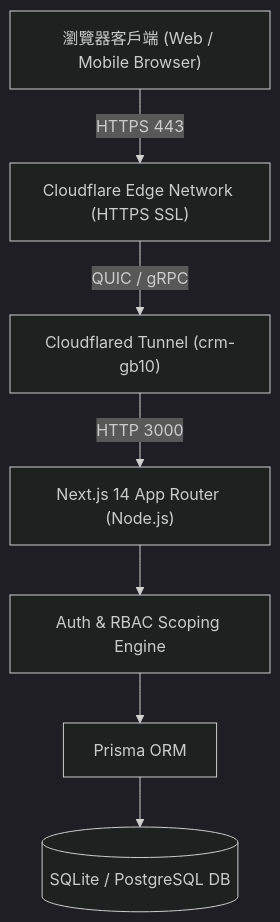
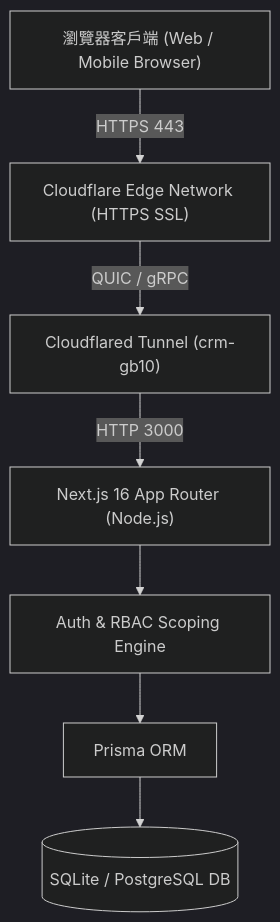
One commit to brianshih04/lightweight-crm changed the first of 2 diagrams in development_plan.md. Above: the diagram before and after it, drawn with Mermaid (dark theme). The commit also changed other lines of this file and 8 other files, not shown here.

````diff
--- a/development_plan.md
+++ b/development_plan.md
@@ -27,17 +31,17 @@
 ```mermaid
 graph TD
     Client["瀏覽器客戶端 (Web / Mobile Browser)"]
     Cloudflare["Cloudflare Edge Network (HTTPS SSL)"]
     Tunnel["Cloudflared Tunnel (crm-gb10)"]
-    NextServer["Next.js 14 App Router (Node.js)"]
+    NextServer["Next.js 16 App Router (Node.js)"]
     AuthModule["Auth & RBAC Scoping Engine"]
     PrismaORM["Prisma ORM"]
     DB[(SQLite / PostgreSQL DB)]
 
     Client -->|HTTPS 443| Cloudflare
     Cloudflare -->|QUIC / gRPC| Tunnel
     Tunnel -->|HTTP 3000| NextServer
     NextServer --> AuthModule
     AuthModule --> PrismaORM
     PrismaORM --> DB
 ```
````
